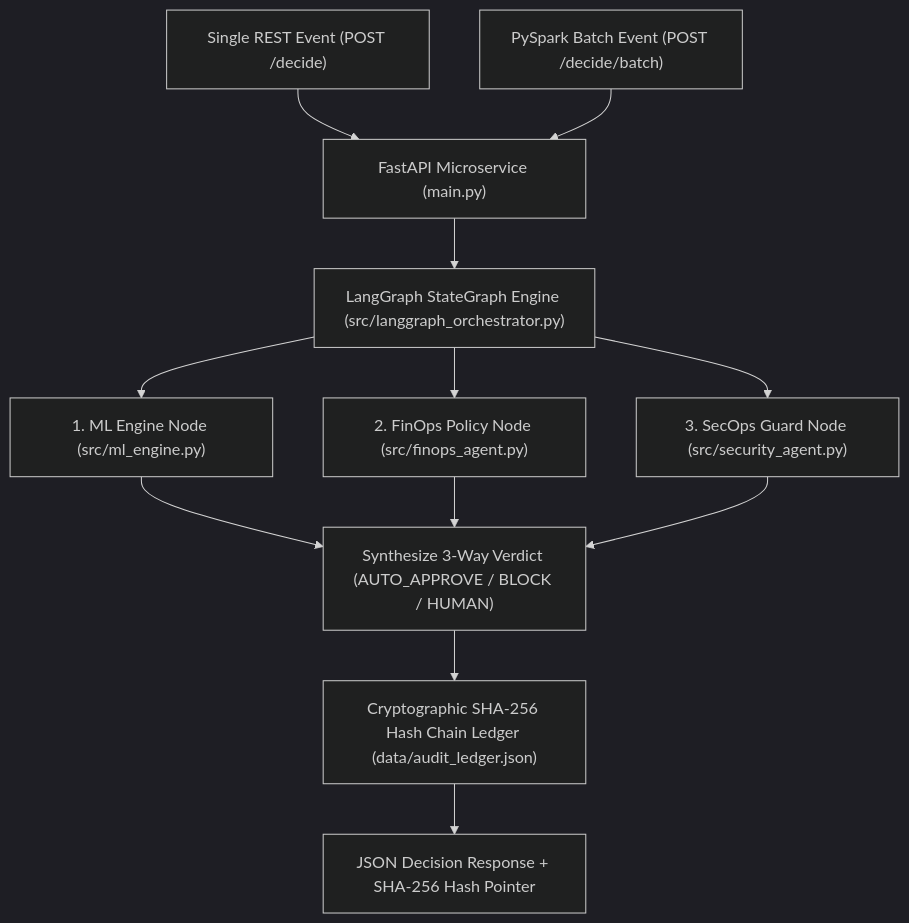
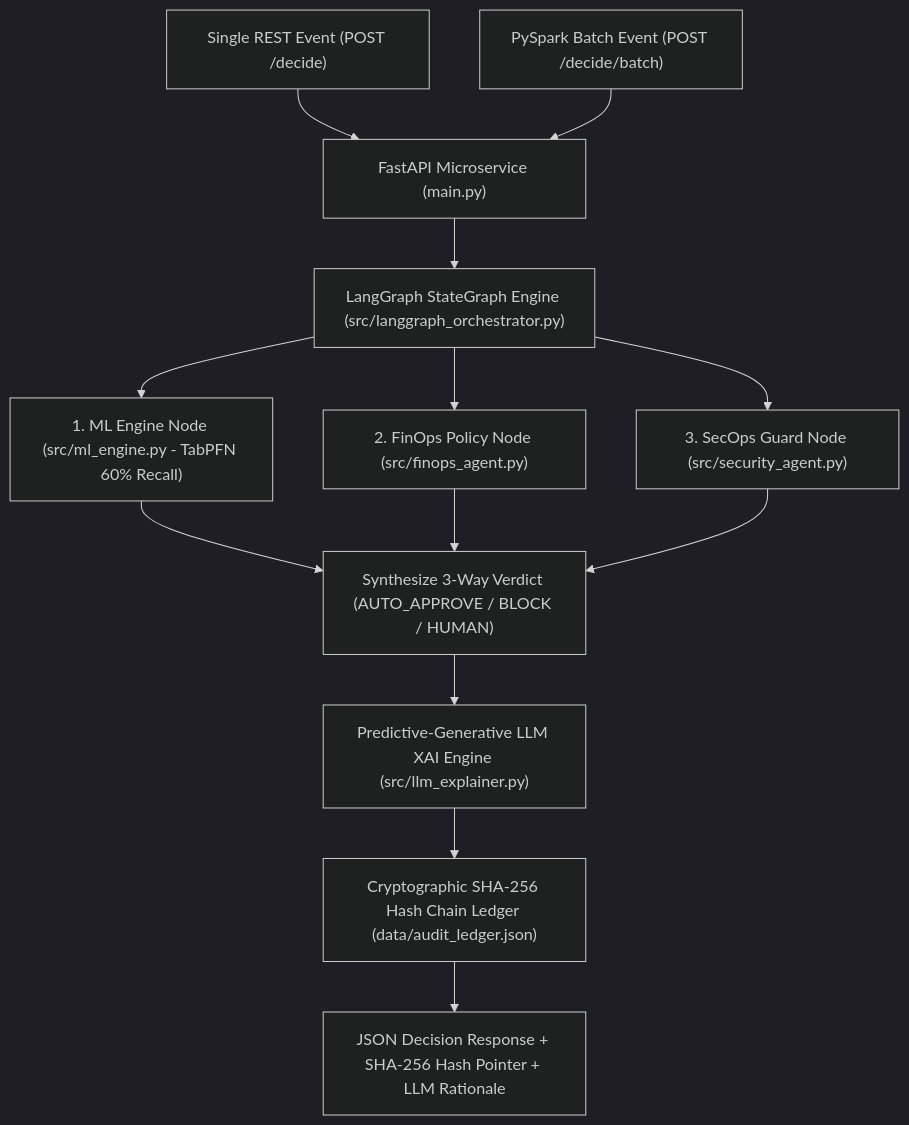
One commit to PriyankaHichkad/FinOps-Security-Agent changed the second of 3 diagrams in docs/DeveloperGuide.md. Above: the diagram before and after it, drawn with Mermaid (dark theme). The commit also changed 2 other files, not shown here.

Commit message:
Update docs and diagrams

````diff
--- a/docs/DeveloperGuide.md
+++ b/docs/DeveloperGuide.md
@@ -50,14 +50,15 @@
 ```mermaid
 graph TD
     A1["Single REST Event (POST /decide)"] --> B["FastAPI Microservice (main.py)"]
     A2["PySpark Batch Event (POST /decide/batch)"] --> B
     B --> C["LangGraph StateGraph Engine (src/langgraph_orchestrator.py)"]
     
-    C --> D["1. ML Engine Node (src/ml_engine.py)"]
+    C --> D["1. ML Engine Node (src/ml_engine.py - TabPFN 60% Recall)"]
     C --> E["2. FinOps Policy Node (src/finops_agent.py)"]
     C --> F["3. SecOps Guard Node (src/security_agent.py)"]
     
     D & E & F --> G["Synthesize 3-Way Verdict (AUTO_APPROVE / BLOCK / HUMAN)"]
-    G --> H["Cryptographic SHA-256 Hash Chain Ledger (data/audit_ledger.json)"]
-    H --> I["JSON Decision Response + SHA-256 Hash Pointer"]
+    G --> H["Predictive-Generative LLM XAI Engine (src/llm_explainer.py)"]
+    H --> I["Cryptographic SHA-256 Hash Chain Ledger (data/audit_ledger.json)"]
+    I --> J["JSON Decision Response + SHA-256 Hash Pointer + LLM Rationale"]
 ```
````
